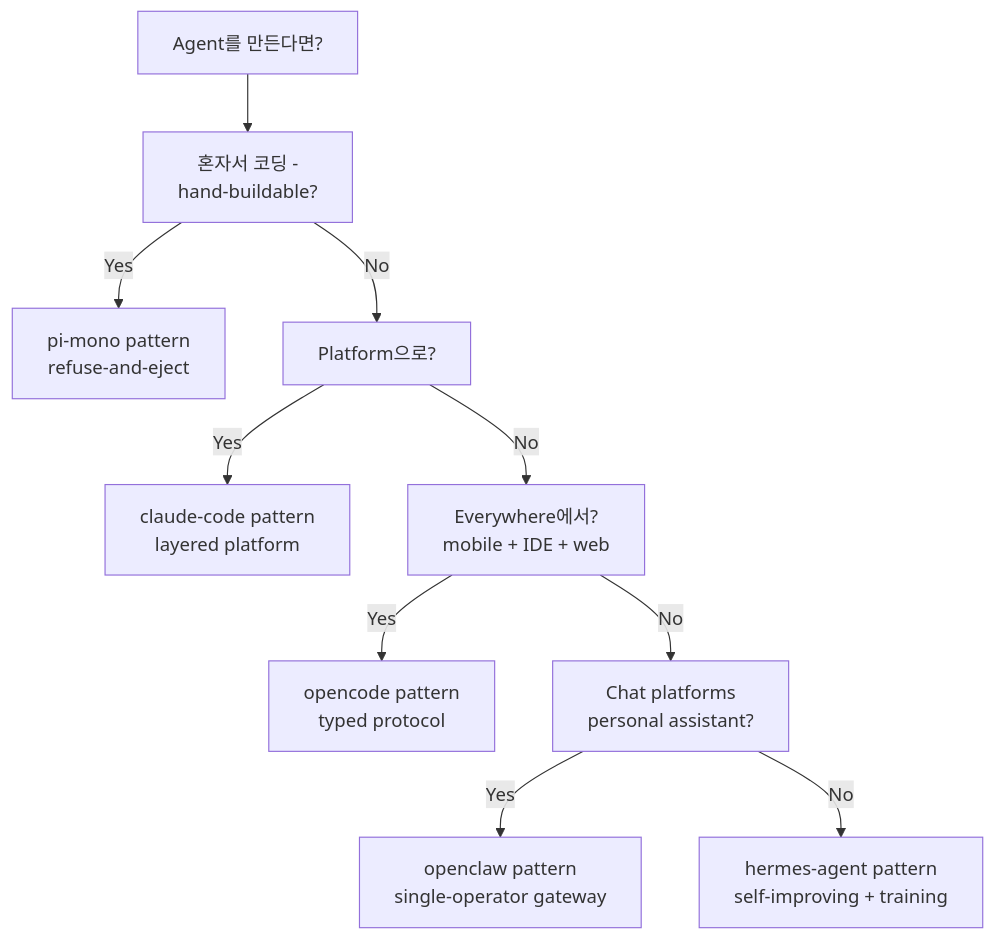
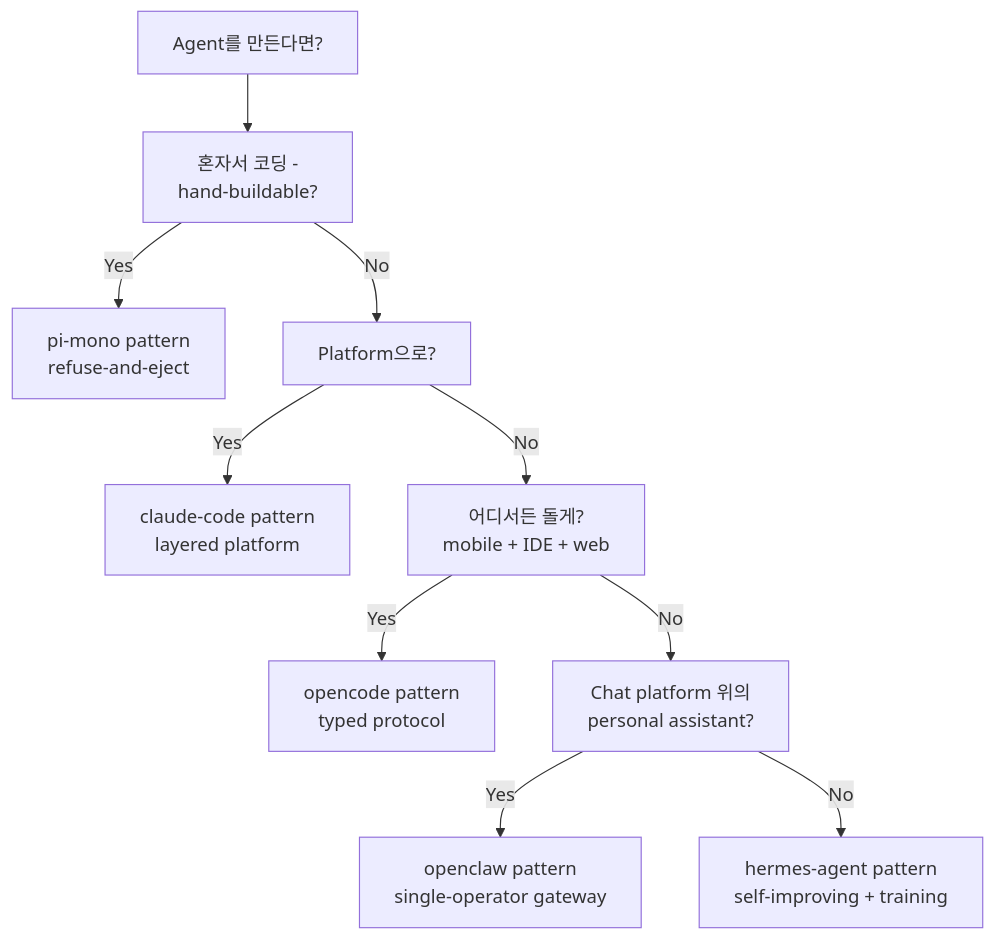
One commit to JISUlicious/latest-agents changed the eighth of 8 diagrams in docs/slides/deck.md. Above: the diagram before and after it, drawn with Mermaid. The commit also changed other lines of this file, not shown here.

````diff
--- a/docs/slides/deck.md
+++ b/docs/slides/deck.md
@@ -928,12 +927,12 @@
 ```mermaid
 graph TD
     Start[Agent를 만든다면?] --> Q1[혼자서 코딩 -<br/>hand-buildable?]
     Q1 -->|Yes| Pi[pi-mono pattern<br/>refuse-and-eject]
     Q1 -->|No| Q2[Platform으로?]
     Q2 -->|Yes| CC[claude-code pattern<br/>layered platform]
-    Q2 -->|No| Q3[Everywhere에서?<br/>mobile + IDE + web]
+    Q2 -->|No| Q3[어디서든 돌게?<br/>mobile + IDE + web]
     Q3 -->|Yes| OPC[opencode pattern<br/>typed protocol]
-    Q3 -->|No| Q4[Chat platforms<br/>personal assistant?]
+    Q3 -->|No| Q4[Chat platform 위의<br/>personal assistant?]
     Q4 -->|Yes| OW[openclaw pattern<br/>single-operator gateway]
     Q4 -->|No| He[hermes-agent pattern<br/>self-improving + training]
 ```
````
